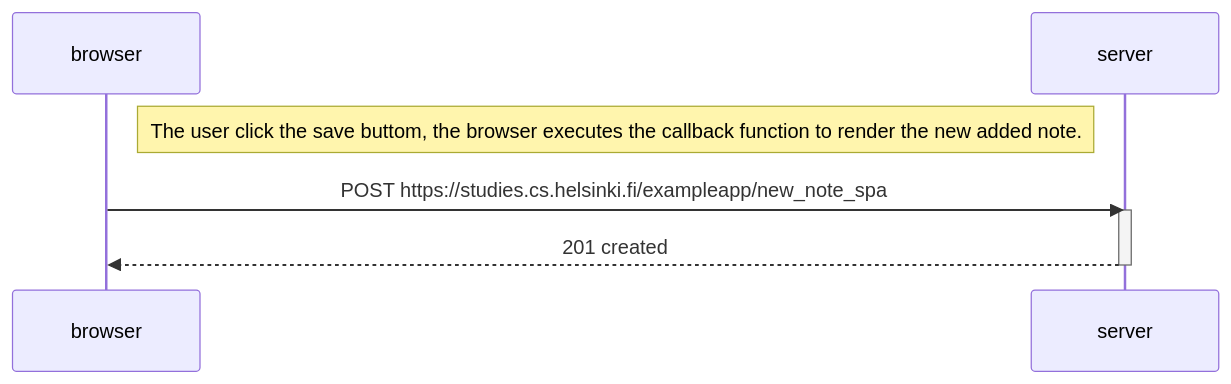
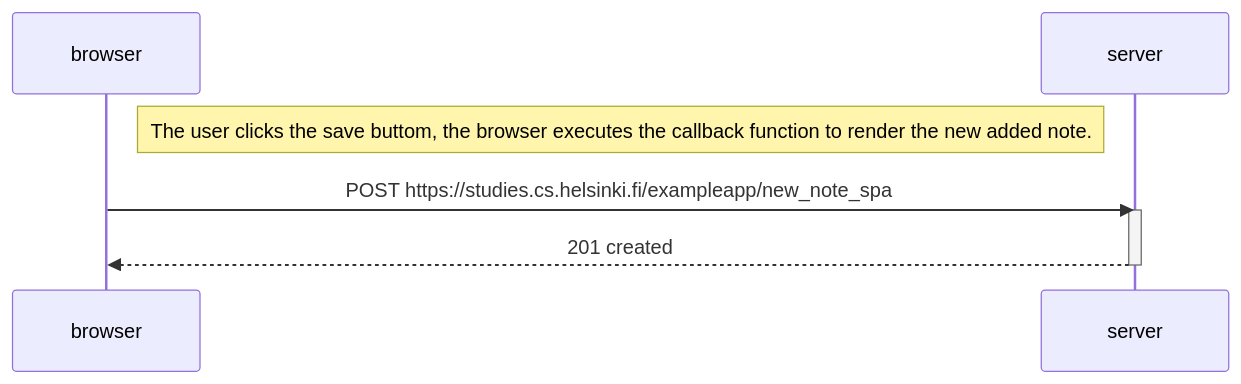
The diagram in part0/0.6_SinglePageNewNoteAppDiagram.md (RiverCX/helsinki-fullstack-course), drawn with Mermaid before and after one commit.

````diff
--- a/part0/0.6_SinglePageNewNoteAppDiagram.md
+++ b/part0/0.6_SinglePageNewNoteAppDiagram.md
@@ -1,12 +1,12 @@
 ```mermaid
 sequenceDiagram
   participant browser
   participant server
 
-  Note right of browser: The user click the save buttom, the browser executes the callback function to render the new added note.
+  Note right of browser: The user clicks the save buttom, the browser executes the callback function to render the new added note.
   browser->>server: POST https://studies.cs.helsinki.fi/exampleapp/new_note_spa
   activate server
   server-->>browser: 201 created
   deactivate server
 
 ```
````
